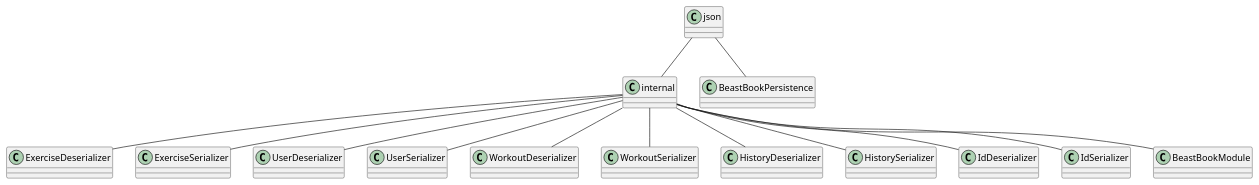
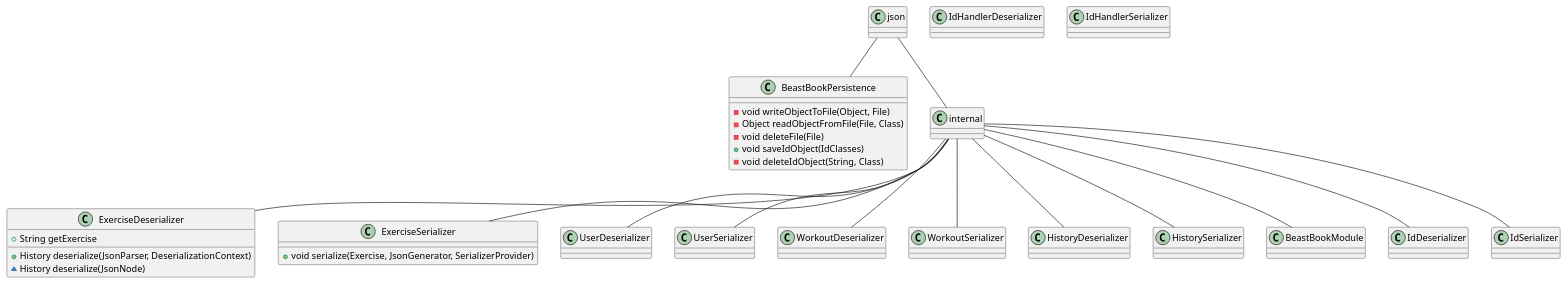
One commit to Madt2/IT1901-Prosjekt-host-2021 changed the diagram in docs/diagrams/jsonDiagram.puml. Above: the diagram before and after it, drawn with PlantUML. The commit also changed 4 other files, not shown here.

Commit message:
Updated/Added class diagram for json, core, rest, fxui and fxml

```diff
--- a/docs/diagrams/jsonDiagram.puml
+++ b/docs/diagrams/jsonDiagram.puml
@@ -1,16 +1,61 @@
-@startuml Core Diagram
-scale 1
+@startuml Json Diagram
+class BeastBookPersistence {
+  -void writeObjectToFile(Object, File)
+  -Object readObjectFromFile(File, Class)
+  -void deleteFile(File)
+  +void saveIdObject(IdClasses)
+  -void deleteIdObject(String, Class)
+}
+
+class ExerciseDeserializer {
+  +History deserialize(JsonParser, DeserializationContext)
+  ~History deserialize(JsonNode)
+  +String getExercise
+}
+
+class ExerciseSerializer {
+  +void serialize(Exercise, JsonGenerator, SerializerProvider)
+}
+
+class UserDeserializer {
+}
+
+class UserSerializer {
+}
+
+class WorkoutDeserializer {
+}
+
+class WorkoutSerializer {
+}
+
+class HistoryDeserializer {
+}
+
+class HistorySerializer {
+}
+
+class IdHandlerDeserializer {
+}
+
+class IdHandlerSerializer {
+}
+
+class BeastBookModule {
+
+}
+
 json -- internal
 internal -- ExerciseDeserializer
 internal -- ExerciseSerializer
 internal -- UserDeserializer
 internal -- UserSerializer
 internal -- WorkoutDeserializer
 internal -- WorkoutSerializer
 internal -- HistoryDeserializer
 internal -- HistorySerializer
 internal -- IdDeserializer
 internal -- IdSerializer
 internal -- BeastBookModule
 json -- BeastBookPersistence
 @enduml
```
